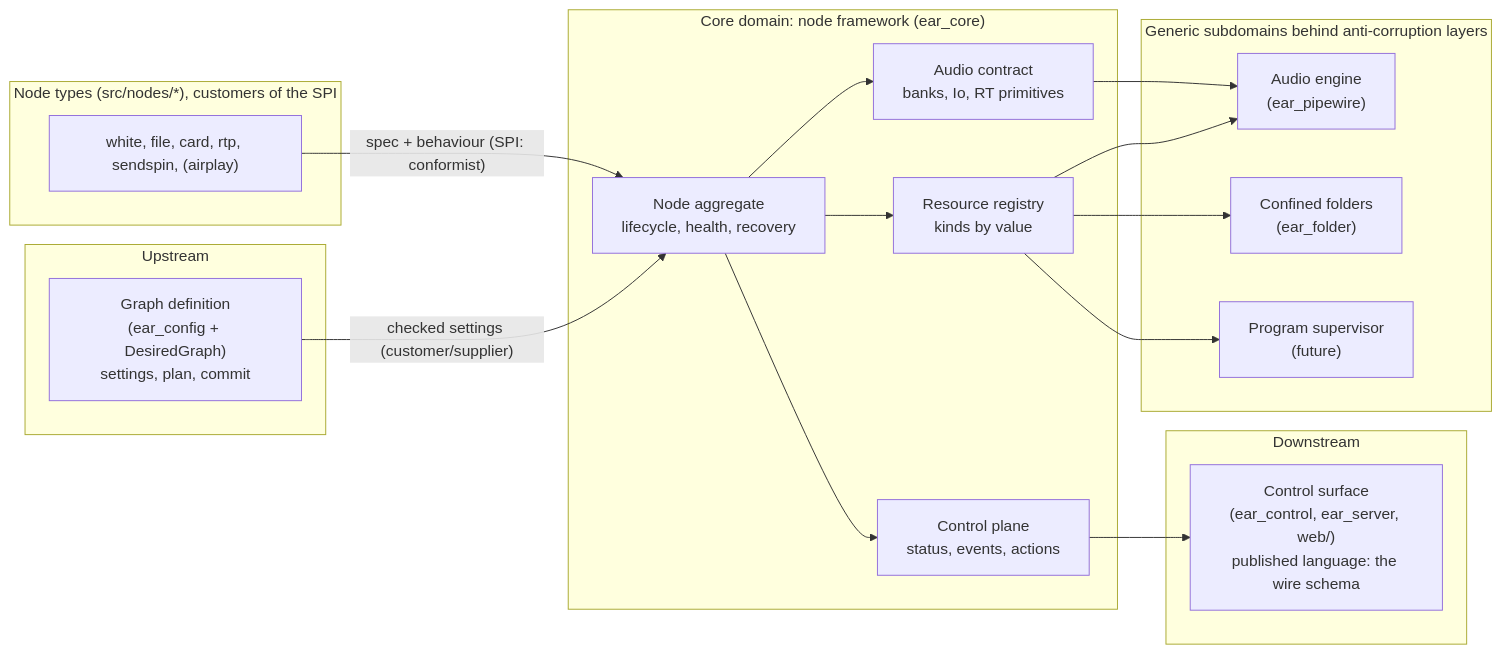
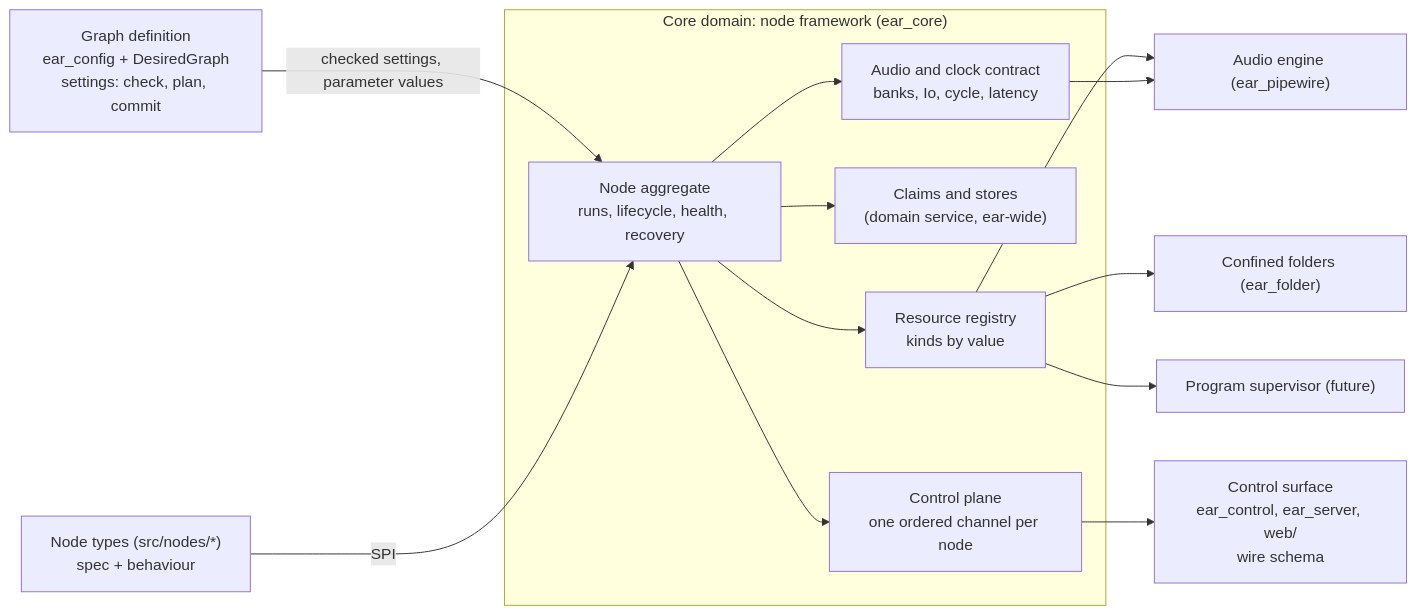
The first of 2 diagrams in docs/design/node-framework.md (mcurcio/ear), drawn with Mermaid before and after one commit. The commit also changed other lines of this file, not shown here.

First line of the commit message:
docs(design): revise the node framework after three independent reviews

````diff
--- a/docs/design/node-framework.md
+++ b/docs/design/node-framework.md
@@ -92,30 +96,24 @@
 ```mermaid
 flowchart LR
-  subgraph Upstream
-    GD["Graph definition<br/>(ear_config + DesiredGraph)<br/>settings, plan, commit"]
+  GD["Graph definition<br/>ear_config + DesiredGraph<br/>settings: check, plan, commit"]
+  subgraph Core["Core domain: node framework (ear_core)"]
+    NF["Node aggregate<br/>runs, lifecycle, health, recovery"]
+    REG["Resource registry<br/>kinds by value"]
+    CLM["Claims and stores<br/>(domain service, ear-wide)"]
+    CP["Control plane<br/>one ordered channel per node"]
+    AU["Audio and clock contract<br/>banks, Io, cycle, latency"]
   end
-  subgraph Core["Core domain: node framework (ear_core)"]
-    NF["Node aggregate<br/>lifecycle, health, recovery"]
-    RS["Resource registry<br/>kinds by value"]
-    CP["Control plane<br/>status, events, actions"]
-    AU["Audio contract<br/>banks, Io, RT primitives"]
-  end
-  subgraph Types["Node types (src/nodes/*), customers of the SPI"]
-    T["white, file, card, rtp, sendspin, (airplay)"]
-  end
-  subgraph Generic["Generic subdomains behind anti-corruption layers"]
-    PW["Audio engine<br/>(ear_pipewire)"]
-    FS["Confined folders<br/>(ear_folder)"]
-    PS["Program supervisor<br/>(future)"]
-  end
-  subgraph Downstream
-    WIRE["Control surface<br/>(ear_control, ear_server, web/)<br/>published language: the wire schema"]
-  end
-  GD -- "checked settings (customer/supplier)" --> NF
-  T -- "spec + behaviour (SPI: conformist)" --> NF
-  NF --> RS --> PW
-  RS --> FS
-  RS --> PS
+  T["Node types (src/nodes/*)<br/>spec + behaviour"]
+  PW["Audio engine (ear_pipewire)"]
+  FS["Confined folders (ear_folder)"]
+  PS["Program supervisor (future)"]
+  WIRE["Control surface<br/>ear_control, ear_server, web/<br/>wire schema"]
+  GD -- "checked settings, parameter values" --> NF
+  T -- "SPI" --> NF
+  NF --> REG --> PW
+  REG --> FS
+  REG --> PS
+  NF --> CLM
   NF --> CP --> WIRE
   NF --> AU --> PW
 ```
````
